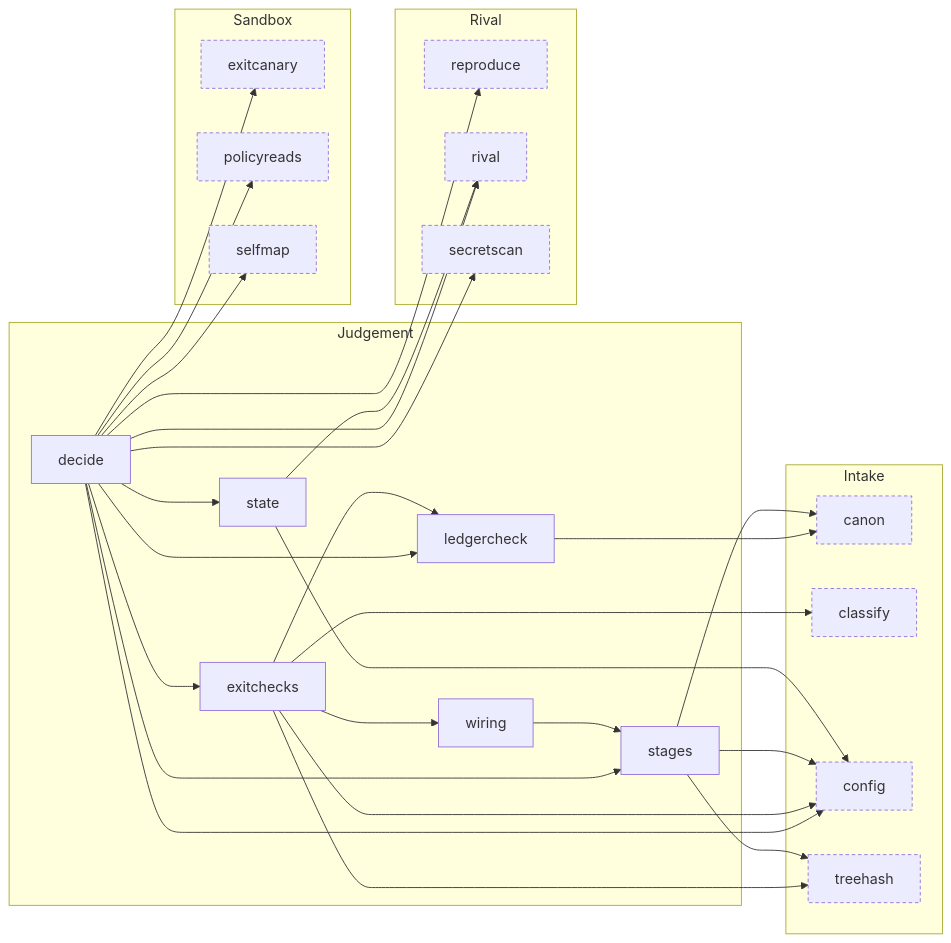
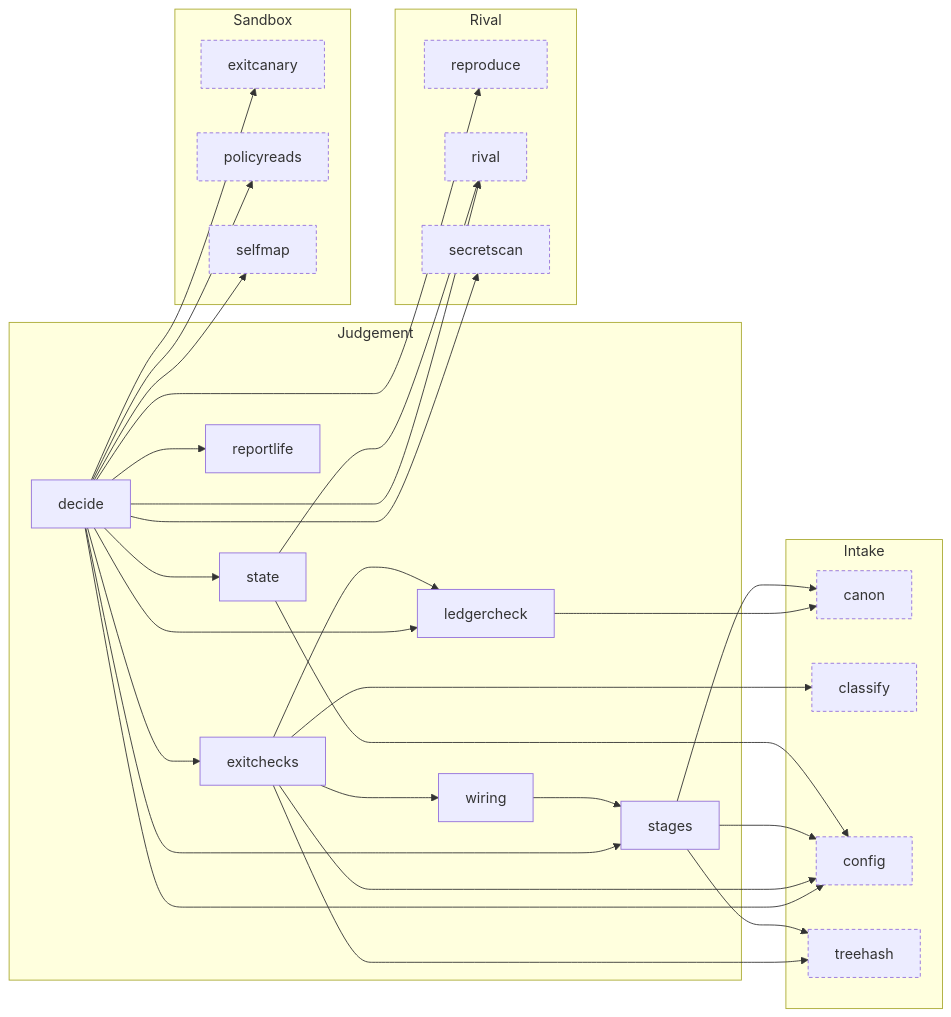
One commit to Okan-wqm/snowball-mcp changed the seventh of 8 diagrams in docs/harita.md. Above: the diagram before and after it, drawn with Mermaid. The commit also changed other lines of this file and 14 other files, not shown here.

````diff
--- a/docs/harita.md
+++ b/docs/harita.md
@@ -359,51 +361,53 @@
 ```mermaid
 flowchart LR
   subgraph a_Judgement["Judgement"]
     m_decide["decide"]
     m_exitchecks["exitchecks"]
     m_ledgercheck["ledgercheck"]
+    m_reportlife["reportlife"]
     m_stages["stages"]
     m_state["state"]
     m_wiring["wiring"]
   end
   subgraph a_Intake["Intake"]
     m_canon["canon"]:::outside
     m_classify["classify"]:::outside
     m_config["config"]:::outside
     m_treehash["treehash"]:::outside
   end
   subgraph a_Rival["Rival"]
     m_reproduce["reproduce"]:::outside
     m_rival["rival"]:::outside
     m_secretscan["secretscan"]:::outside
   end
   subgraph a_Sandbox["Sandbox"]
     m_exitcanary["exitcanary"]:::outside
     m_policyreads["policyreads"]:::outside
     m_selfmap["selfmap"]:::outside
   end
   m_decide --> m_config
   m_decide --> m_exitcanary
   m_decide --> m_exitchecks
   m_decide --> m_ledgercheck
   m_decide --> m_policyreads
+  m_decide --> m_reportlife
   m_decide --> m_reproduce
   m_decide --> m_rival
   m_decide --> m_secretscan
   m_decide --> m_selfmap
   m_decide --> m_stages
   m_decide --> m_state
   m_exitchecks --> m_classify
   m_exitchecks --> m_config
   m_exitchecks --> m_ledgercheck
   m_exitchecks --> m_treehash
   m_exitchecks --> m_wiring
   m_ledgercheck --> m_canon
   m_stages --> m_canon
   m_stages --> m_config
   m_stages --> m_treehash
   m_state --> m_config
   m_state --> m_rival
   m_wiring --> m_stages
   classDef outside stroke-dasharray: 4 3
 ```
````
